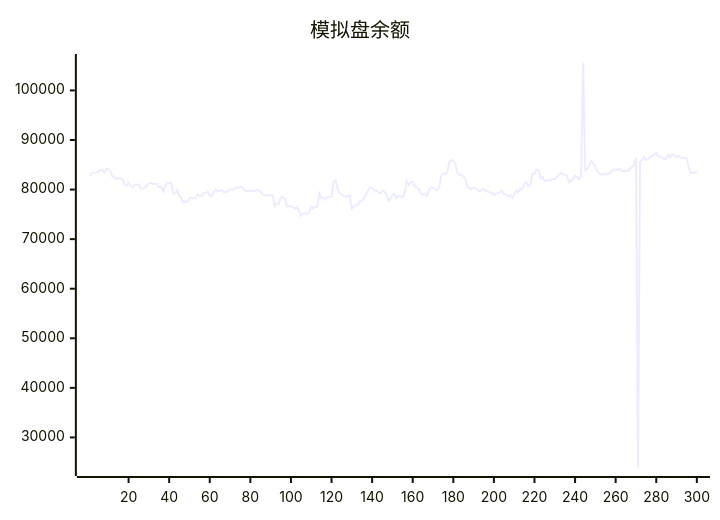
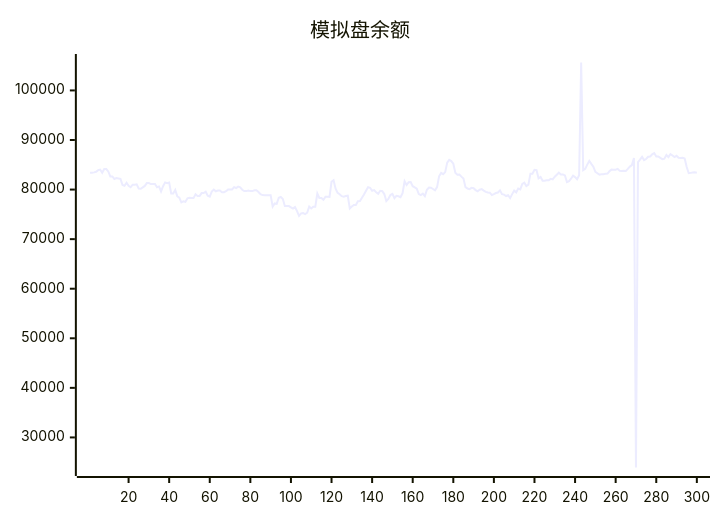
The diagram in README.md (aahl/ai-trading), drawn with Mermaid before and after one commit. The commit also changed other lines of this file and 1 other file, not shown here.

````diff
--- a/README.md
+++ b/README.md
@@ -5,5 +5,5 @@
 ```mermaid
 xychart
     title "模拟盘余额"
-    line [82681,83386,83378,83464,83579,83920,84037,83402,84160,84142,83652,82655,82655,82145,82315,82243,82163,80934,80770,81371,80742,80468,80989,80989,81067,80191,80155,80450,80737,81309,81309,81106,81119,81119,80471,80631,79624,80670,81448,81290,81429,79212,79222,79940,78643,78380,77432,77623,77504,78235,78358,78284,78277,79048,78714,78714,79290,79308,79567,78763,78563,79603,79988,79652,79813,79813,79476,79469,79673,79995,80015,80015,80486,80314,80600,80436,79966,79689,79689,79819,79692,79692,79850,79850,79518,79071,78889,78850,78850,78878,78878,76554,77202,77103,78357,78510,78106,76678,76677,76672,76411,76159,76485,75656,74695,75197,75246,75052,75334,76564,76179,76553,76551,79196,78300,78300,77944,78531,78531,78521,81564,81884,80160,79335,79055,78675,78580,78708,78764,76179,76586,76902,76876,77658,77669,78346,79023,79769,80497,80366,79761,79896,79448,79126,79749,79658,79097,77695,78114,78888,79126,78249,78738,78653,78478,79271,81680,80923,81488,81527,80681,80455,80190,79084,78879,79193,78686,79954,80403,80374,80118,79848,80491,82665,83351,83098,83525,85430,85983,85737,85221,83378,83014,83043,82613,82216,80477,80208,80081,80348,80277,79894,79670,79965,80093,79786,79542,79406,79371,78893,79087,79304,79406,79841,79072,78978,78696,78846,78272,79085,79787,79442,80198,80031,81120,81379,80718,80985,83214,83212,83993,83921,82270,82547,81776,81776,81866,81866,82158,82061,82596,83000,83408,83041,83050,82858,81503,81691,82188,82812,82517,82092,82901,105633,83898,84180,85030,85781,85178,84604,83569,83298,83008,83093,83107,83175,83228,83729,84025,84017,84019,84177,83775,83762,83785,83738,84160,84639,84939,86370,23934,85548,86046,86599,85942,86161,86622,86664,87115,87369,86666,86685,86384,86152,86243,86969,86548,87164,86885,86566,86809,86427,86348,86417,86273,84538,83299,83369,83430,83490]
+    line [83386,83378,83464,83579,83920,84037,83402,84160,84142,83652,82655,82655,82145,82315,82243,82163,80934,80770,81371,80742,80468,80989,80989,81067,80191,80155,80450,80737,81309,81309,81106,81119,81119,80471,80631,79624,80670,81448,81290,81429,79212,79222,79940,78643,78380,77432,77623,77504,78235,78358,78284,78277,79048,78714,78714,79290,79308,79567,78763,78563,79603,79988,79652,79813,79813,79476,79469,79673,79995,80015,80015,80486,80314,80600,80436,79966,79689,79689,79819,79692,79692,79850,79850,79518,79071,78889,78850,78850,78878,78878,76554,77202,77103,78357,78510,78106,76678,76677,76672,76411,76159,76485,75656,74695,75197,75246,75052,75334,76564,76179,76553,76551,79196,78300,78300,77944,78531,78531,78521,81564,81884,80160,79335,79055,78675,78580,78708,78764,76179,76586,76902,76876,77658,77669,78346,79023,79769,80497,80366,79761,79896,79448,79126,79749,79658,79097,77695,78114,78888,79126,78249,78738,78653,78478,79271,81680,80923,81488,81527,80681,80455,80190,79084,78879,79193,78686,79954,80403,80374,80118,79848,80491,82665,83351,83098,83525,85430,85983,85737,85221,83378,83014,83043,82613,82216,80477,80208,80081,80348,80277,79894,79670,79965,80093,79786,79542,79406,79371,78893,79087,79304,79406,79841,79072,78978,78696,78846,78272,79085,79787,79442,80198,80031,81120,81379,80718,80985,83214,83212,83993,83921,82270,82547,81776,81776,81866,81866,82158,82061,82596,83000,83408,83041,83050,82858,81503,81691,82188,82812,82517,82092,82901,105633,83898,84180,85030,85781,85178,84604,83569,83298,83008,83093,83107,83175,83228,83729,84025,84017,84019,84177,83775,83762,83785,83738,84160,84639,84939,86370,23934,85548,86046,86599,85942,86161,86622,86664,87115,87369,86666,86685,86384,86152,86243,86969,86548,87164,86885,86566,86809,86427,86348,86417,86273,84538,83299,83369,83430,83490,83404]
 ```
````
